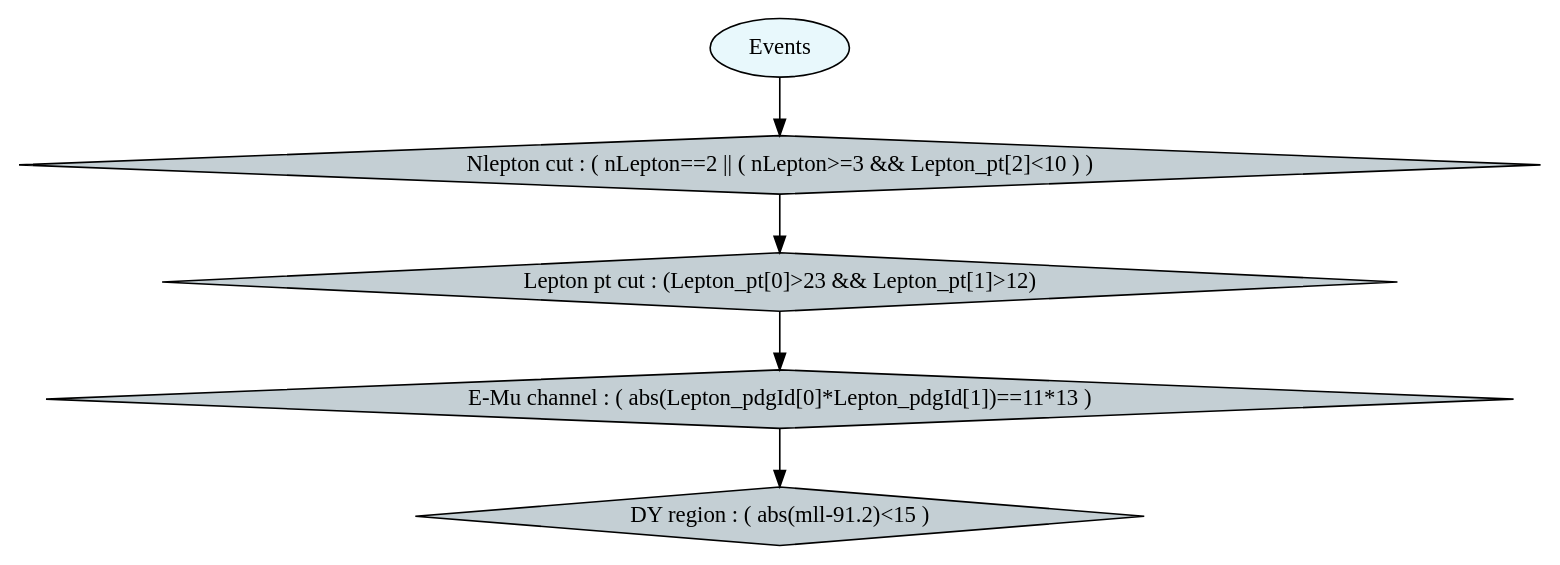
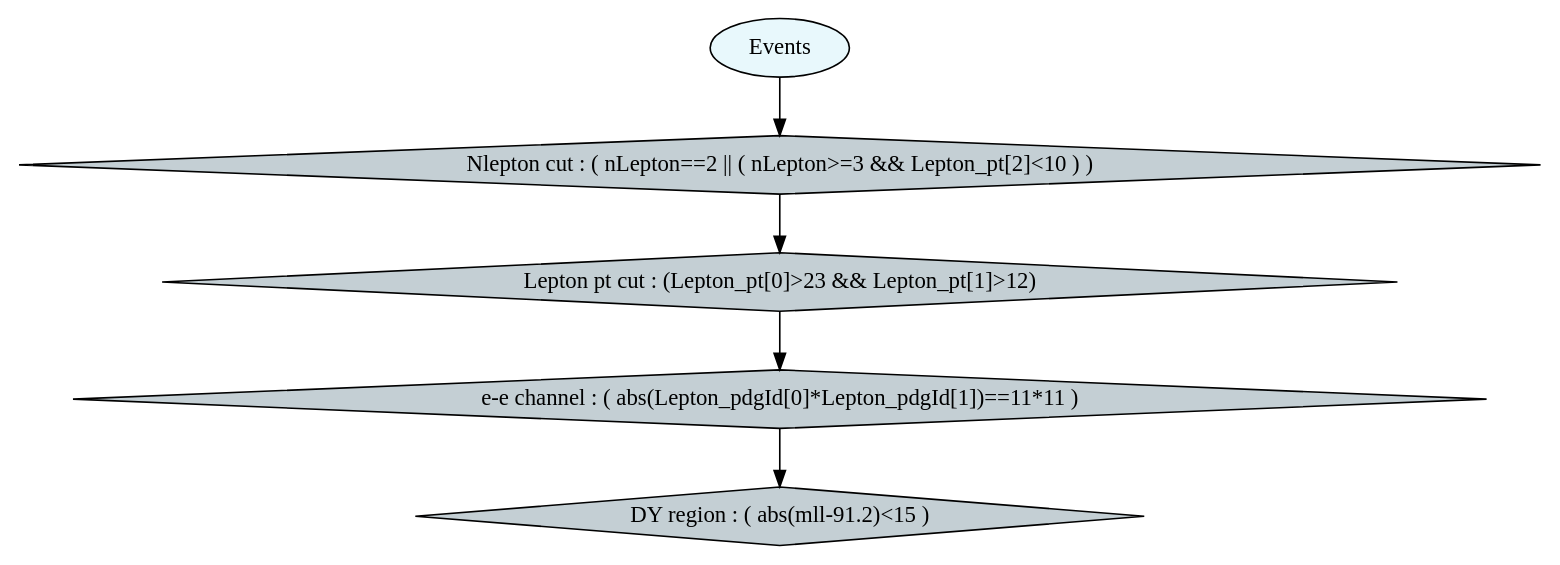
The diagram in ntuple/graph_flip.dot (NTrevisani/NanoFlipper), drawn with Graphviz before and after one commit. The commit also changed 4 other files, not shown here.

```diff
--- a/ntuple/graph_flip.dot
+++ b/ntuple/graph_flip.dot
@@ -1,11 +1,11 @@
 digraph {
 	5 [label="DY region : ( abs(mll-91.2)<15 )", style="filled", fillcolor="#c4cfd4", shape="diamond"];
-	4 [label="E-Mu channel : ( abs(Lepton_pdgId[0]*Lepton_pdgId[1])==11*13 )", style="filled", fillcolor="#c4cfd4", shape="diamond"];
+	4 [label="e-e channel : ( abs(Lepton_pdgId[0]*Lepton_pdgId[1])==11*11 )", style="filled", fillcolor="#c4cfd4", shape="diamond"];
 	3 [label="Lepton pt cut : (Lepton_pt[0]>23 && Lepton_pt[1]>12)", style="filled", fillcolor="#c4cfd4", shape="diamond"];
 	2 [label="Nlepton cut : ( nLepton==2 || ( nLepton>=3 && Lepton_pt[2]<10 ) )", style="filled", fillcolor="#c4cfd4", shape="diamond"];
 	0 [label="Events", style="filled", fillcolor="#e8f8fc", shape="oval"];
 	4 -> 5;
 	3 -> 4;
 	2 -> 3;
 	0 -> 2;
 }
```
